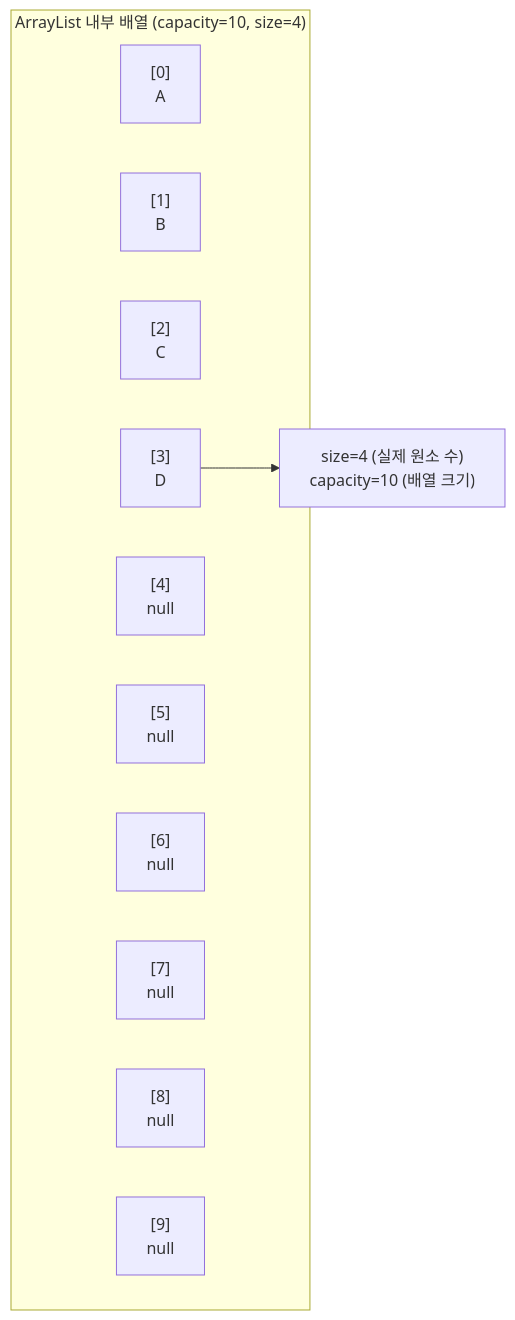
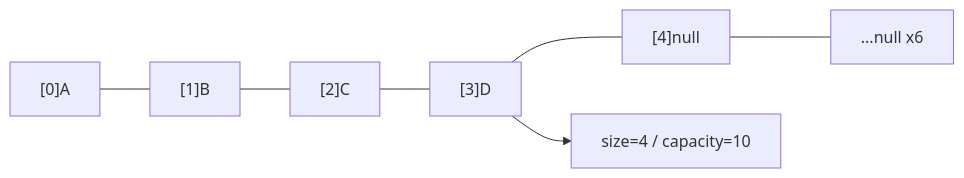
One commit to yjkim2015/yjkim2015.github.io changed the second of 21 diagrams in _posts/java/2026-05-01-java-collections.md. Above: the diagram before and after it, drawn with Mermaid. The commit also changed other lines of this file and 215 other files, not shown here.

First line of the commit message:
신규 포스트 10개 추가 + Mermaid 전면 축소 + SystemDesign 시리즈 보강

````diff
--- a/_posts/java/2026-05-01-java-collections.md
+++ b/_posts/java/2026-05-01-java-collections.md
@@ -102,17 +55,5 @@
 ```mermaid
 graph LR
-    subgraph "ArrayList 내부 배열 (capacity=10, size=4)"
-        I0["[0]<br>A"]
-        I1["[1]<br>B"]
-        I2["[2]<br>C"]
-        I3["[3]<br>D"]
-        I4["[4]<br>null"]
-        I5["[5]<br>null"]
-        I6["[6]<br>null"]
-        I7["[7]<br>null"]
-        I8["[8]<br>null"]
-        I9["[9]<br>null"]
-    end
-    SIZE["size=4 (실제 원소 수)<br>capacity=10 (배열 크기)"]
-    I3 --> SIZE
+    I0["[0]A"] --- I1["[1]B"] --- I2["[2]C"] --- I3["[3]D"] --- I4["[4]null"] --- I5["...null x6"]
+    I3 --> SIZE["size=4 / capacity=10"]
 ```
````
